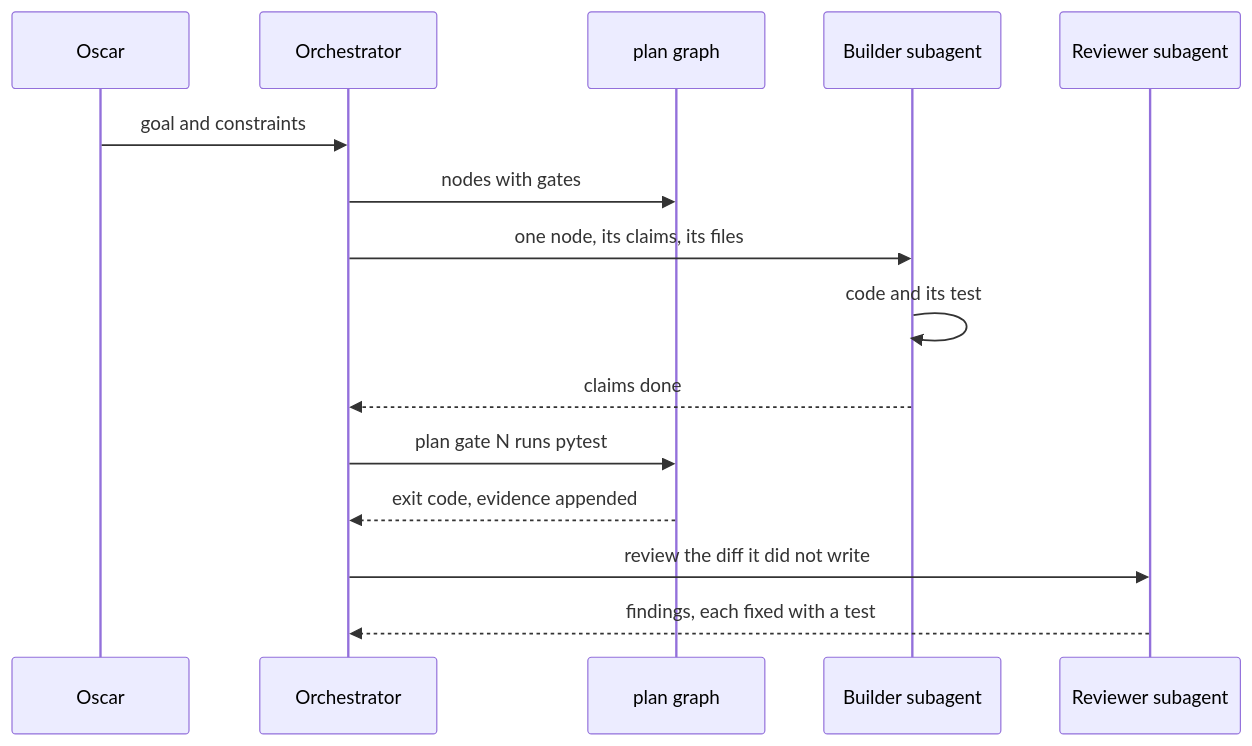
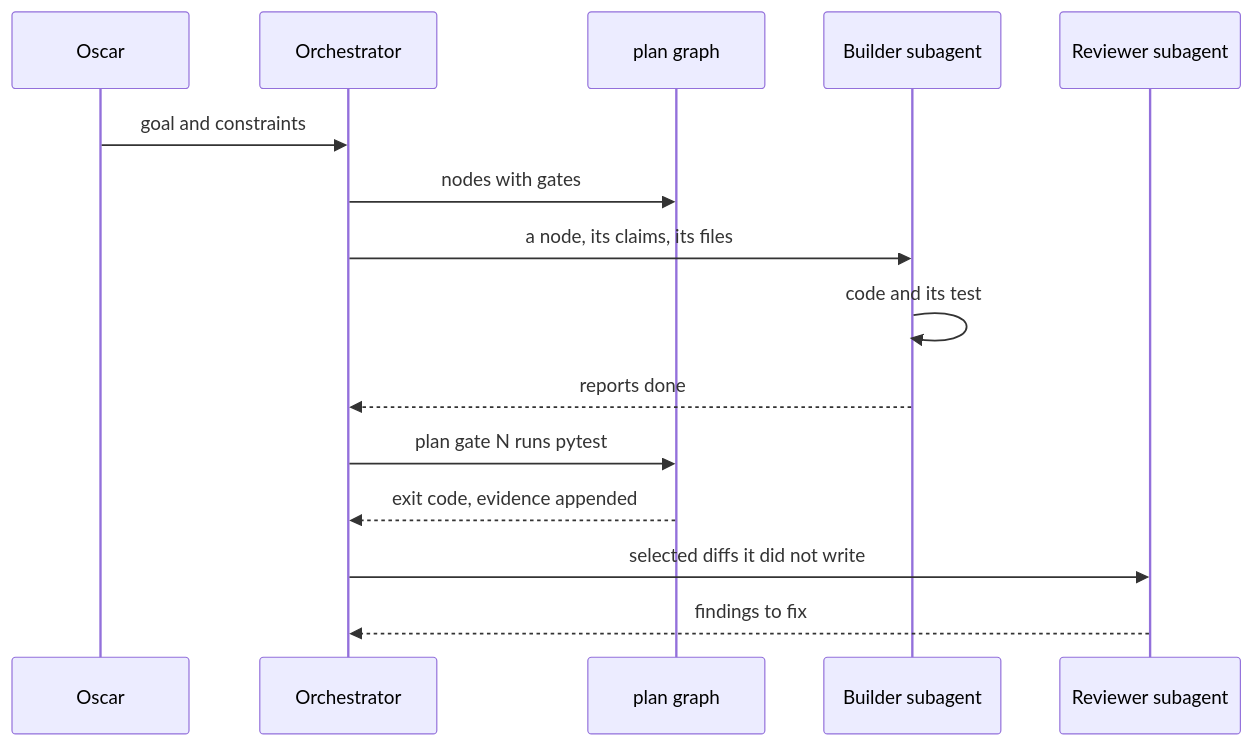
Before and after one commit to oscar-chw/agentic-quant-research: the fourth of 5 diagrams in docs/DIAGRAMS.md, drawn with Mermaid. The commit also changed other lines of this file and 7 other files, not shown here.

````diff
--- a/docs/DIAGRAMS.md
+++ b/docs/DIAGRAMS.md
@@ -107,17 +108,17 @@
 ```mermaid
 sequenceDiagram
     participant O as Oscar
     participant C as Orchestrator
     participant P as plan graph
     participant B as Builder subagent
     participant R as Reviewer subagent
     O->>C: goal and constraints
     C->>P: nodes with gates
-    C->>B: one node, its claims, its files
+    C->>B: a node, its claims, its files
     B->>B: code and its test
-    B-->>C: claims done
+    B-->>C: reports done
     C->>P: plan gate N runs pytest
     P-->>C: exit code, evidence appended
-    C->>R: review the diff it did not write
-    R-->>C: findings, each fixed with a test
+    C->>R: selected diffs it did not write
+    R-->>C: findings to fix
 ```
````
